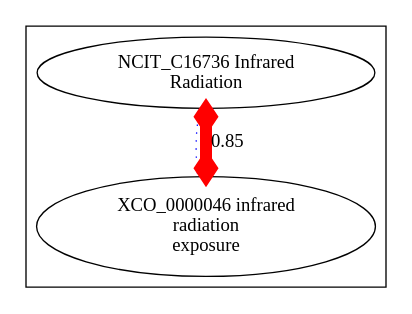
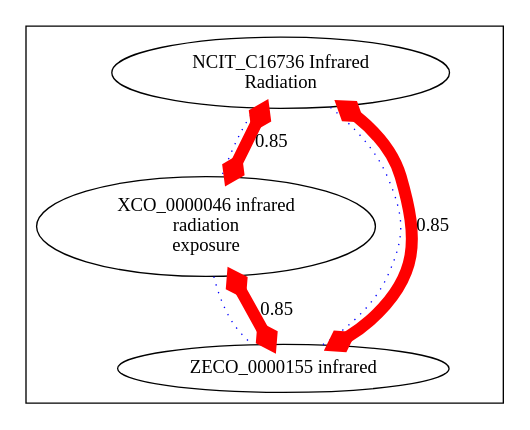
The diagram in target/img-XCO_0000046.dot (cmungall/radiation-ontology), drawn with Graphviz before and after one commit. The commit also changed 20 other files, not shown here.

```diff
--- a/target/img-XCO_0000046.dot
+++ b/target/img-XCO_0000046.dot
@@ -1,9 +1,18 @@
 digraph cliquegraph {
 subgraph cluster_XCO_0000046 {XCO_0000046 [ label="XCO_0000046 infrared
 radiation
 exposure" ];
+ZECO_0000155 [ label="ZECO_0000155 infrared" ];
 NCIT_C16736 [ label="NCIT_C16736 Infrared
 Radiation" ];}
+NCIT_C16736 -> ZECO_0000155 [ arrowhead = none, penwidth=1, color=blue, label="", style=dotted]
+
 NCIT_C16736 -> XCO_0000046 [ arrowhead = none, penwidth=1, color=blue, label="", style=dotted]
+
+XCO_0000046 -> ZECO_0000155 [ arrowhead = none, penwidth=1, color=blue, label="", style=dotted]
+NCIT_C16736 -> ZECO_0000155 [ arrowhead = ediamond, penwidth=9, color=red, label="0.85", style=solid, arrowtail=ediamond, dir=both]
+
+XCO_0000046 -> ZECO_0000155 [ arrowhead = ediamond, penwidth=9, color=red, label="0.85", style=solid, arrowtail=ediamond, dir=both]
+
 NCIT_C16736 -> XCO_0000046 [ arrowhead = ediamond, penwidth=9, color=red, label="0.85", style=solid, arrowtail=ediamond, dir=both]
 }
```
